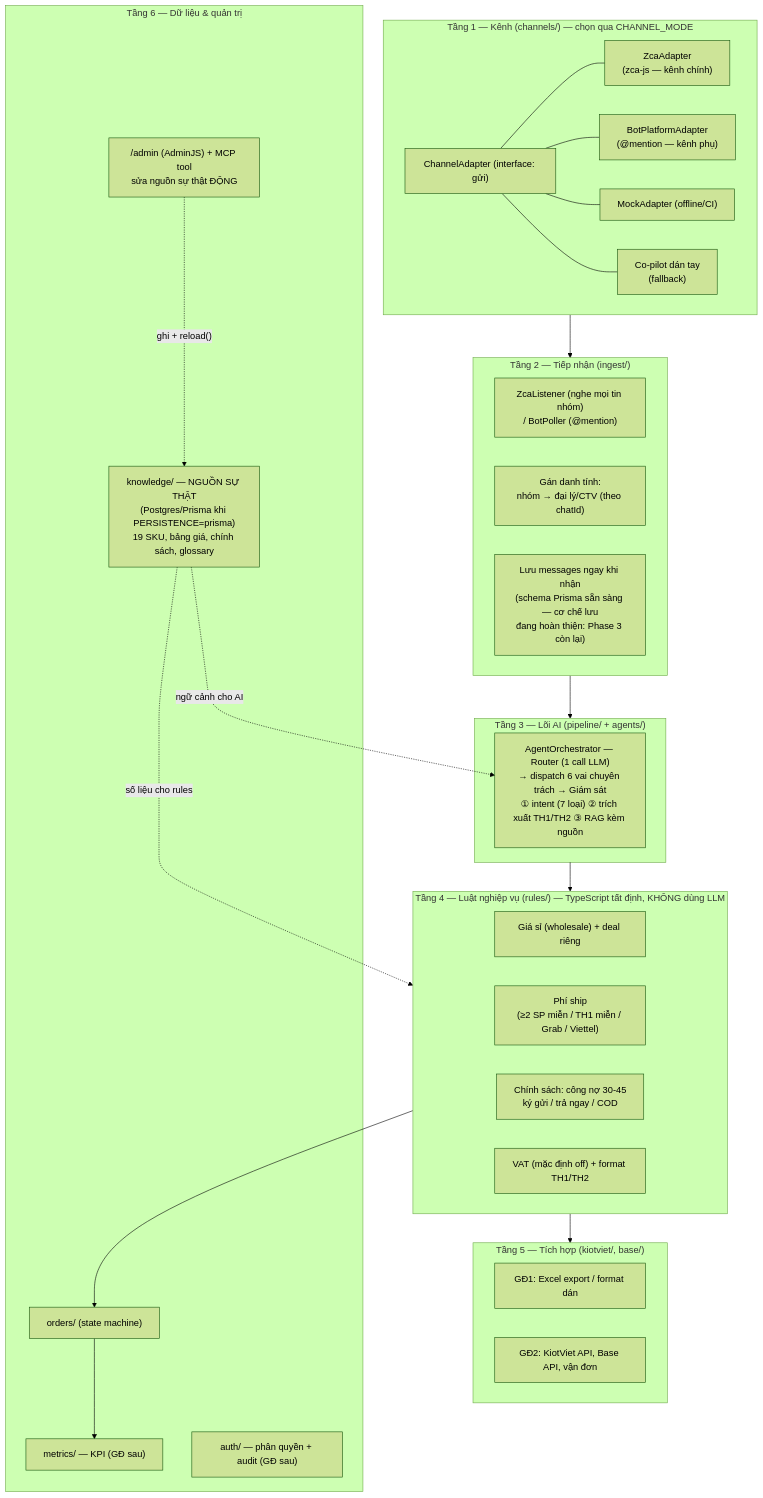
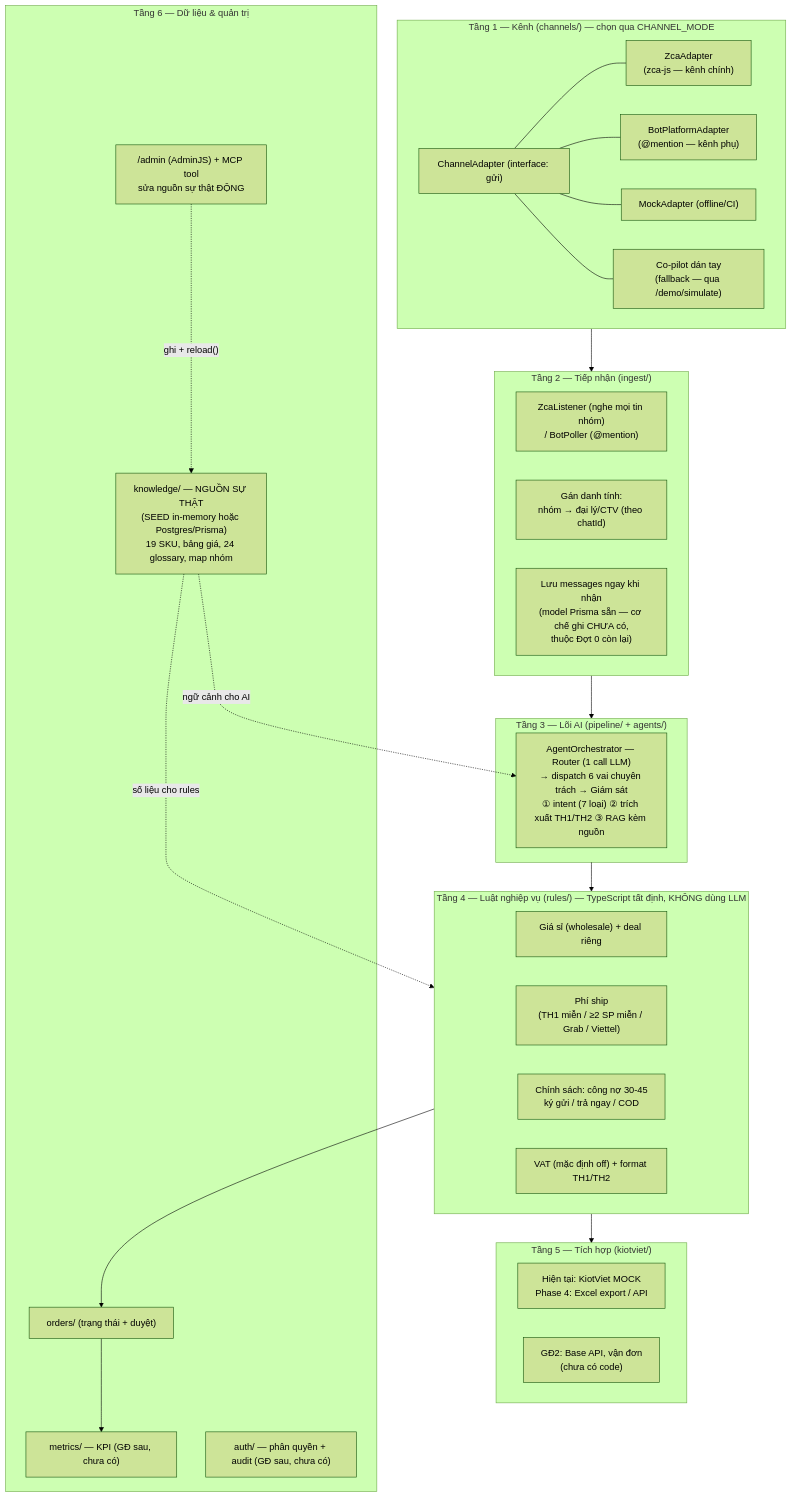
The second of 12 diagrams in docs/so-do-he-thong.md (phungtienviet14-sketch/nexagnet-platform), drawn with Mermaid (forest theme) before and after one commit. The commit also changed other lines of this file and 17 other files, not shown here.

````diff
--- a/docs/so-do-he-thong.md
+++ b/docs/so-do-he-thong.md
@@ -46,51 +81,51 @@
 ```mermaid
 flowchart TB
     subgraph L1["Tầng 1 — Kênh (channels/) — chọn qua CHANNEL_MODE"]
         CA["ChannelAdapter (interface: gửi)"]
         ZCA["ZcaAdapter<br/>(zca-js — kênh chính)"]
         BOT["BotPlatformAdapter<br/>(@mention — kênh phụ)"]
         MOCK["MockAdapter (offline/CI)"]
-        COP["Co-pilot dán tay<br/>(fallback)"]
+        COP["Co-pilot dán tay<br/>(fallback — qua /demo/simulate)"]
         CA --- ZCA
         CA --- BOT
         CA --- MOCK
         CA --- COP
     end
 
     subgraph L2["Tầng 2 — Tiếp nhận (ingest/)"]
         LIS["ZcaListener (nghe mọi tin nhóm)<br/>/ BotPoller (@mention)"]
         IDENT["Gán danh tính:<br/>nhóm → đại lý/CTV (theo chatId)"]
-        SAVE["Lưu messages ngay khi nhận<br/>(schema Prisma sẵn sàng — cơ chế lưu<br/>đang hoàn thiện: Phase 3 còn lại)"]
+        SAVE["Lưu messages ngay khi nhận<br/>(model Prisma sẵn — cơ chế ghi CHƯA có,<br/>thuộc Đợt 0 còn lại)"]
     end
 
     subgraph L3["Tầng 3 — Lõi AI (pipeline/ + agents/)"]
         ORCH["AgentOrchestrator — Router (1 call LLM)<br/>→ dispatch 6 vai chuyên trách → Giám sát<br/>① intent (7 loại) ② trích xuất TH1/TH2 ③ RAG kèm nguồn"]
     end
 
     subgraph L4["Tầng 4 — Luật nghiệp vụ (rules/) — TypeScript tất định, KHÔNG dùng LLM"]
         PRICE["Giá sỉ (wholesale) + deal riêng"]
-        SHIPR["Phí ship<br/>(≥2 SP miễn / TH1 miễn / Grab / Viettel)"]
+        SHIPR["Phí ship<br/>(TH1 miễn / ≥2 SP miễn / Grab / Viettel)"]
         POL["Chính sách: công nợ 30-45<br/>ký gửi / trả ngay / COD"]
         VAT["VAT (mặc định off) + format TH1/TH2"]
     end
 
-    subgraph L5["Tầng 5 — Tích hợp (kiotviet/, base/)"]
-        XLS["GĐ1: Excel export / format dán"]
-        APIS["GĐ2: KiotViet API, Base API, vận đơn"]
+    subgraph L5["Tầng 5 — Tích hợp (kiotviet/)"]
+        XLS["Hiện tại: KiotViet MOCK<br/>Phase 4: Excel export / API"]
+        APIS["GĐ2: Base API, vận đơn<br/>(chưa có code)"]
     end
 
     subgraph L6["Tầng 6 — Dữ liệu & quản trị"]
-        KNOW["knowledge/ — NGUỒN SỰ THẬT<br/>(Postgres/Prisma khi PERSISTENCE=prisma)<br/>19 SKU, bảng giá, chính sách, glossary"]
+        KNOW["knowledge/ — NGUỒN SỰ THẬT<br/>(SEED in-memory hoặc Postgres/Prisma)<br/>19 SKU, bảng giá, 24 glossary, map nhóm"]
         ADMIN["/admin (AdminJS) + MCP tool<br/>sửa nguồn sự thật ĐỘNG"]
-        ORD["orders/ (state machine)"]
-        MET["metrics/ — KPI (GĐ sau)"]
-        AUTH["auth/ — phân quyền + audit (GĐ sau)"]
+        ORD["orders/ (trạng thái + duyệt)"]
+        MET["metrics/ — KPI (GĐ sau, chưa có)"]
+        AUTH["auth/ — phân quyền + audit (GĐ sau, chưa có)"]
         ADMIN -.->|"ghi + reload()"| KNOW
     end
 
     L1 --> L2 --> L3 --> L4 --> L5
     KNOW -.->|"ngữ cảnh cho AI"| ORCH
     KNOW -.->|"số liệu cho rules"| L4
     L4 --> ORD
     ORD --> MET
 ```
````
